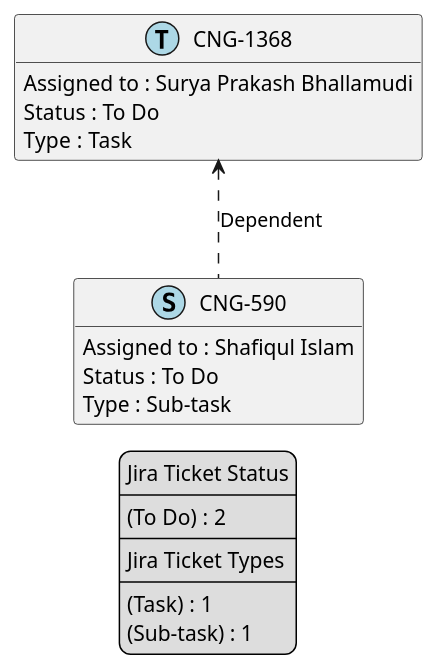
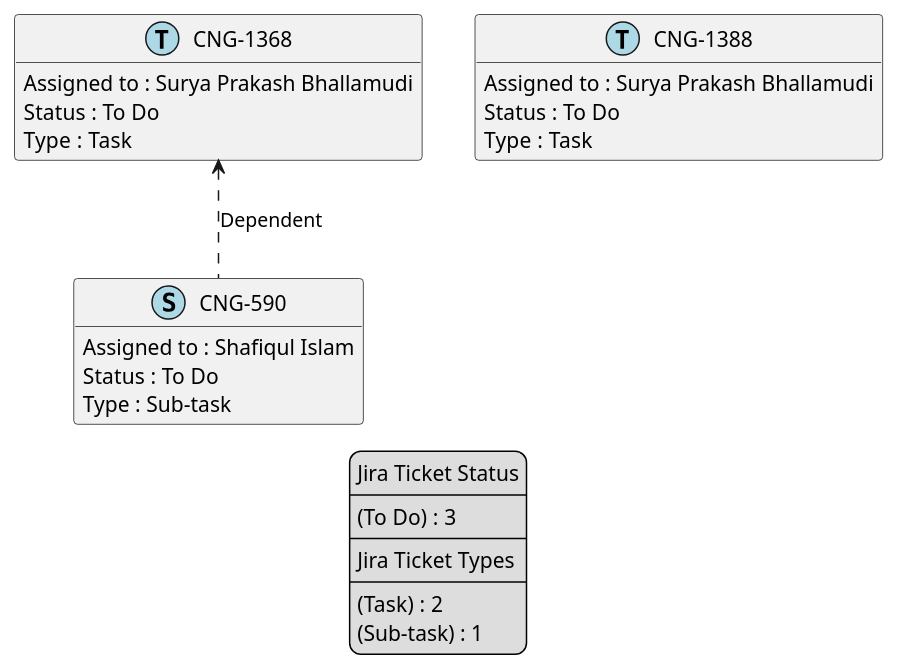
Before and after one commit to brunasti/jiraplotter: the diagram in temp/jira-Surya Prakash Bhallamudi.puml, drawn with PlantUML. The commit also changed 60 other files, not shown here.

```diff
--- a/temp/jira-Surya Prakash Bhallamudi.puml
+++ b/temp/jira-Surya Prakash Bhallamudi.puml
@@ -1,40 +1,46 @@
 @startuml
 'https://plantuml.com/class-diagram
 
 ' GENERATE CLASS DIAGRAM ===========
-' Generated at    : Fri Apr 12 19:54:48 CEST 2024
+' Generated at    : Mon Apr 15 11:44:38 CEST 2024
 
 hide empty members
 
 legend
 Jira Ticket Status
 ----
-(To Do) : 2
+(To Do) : 3
 ----
 Jira Ticket Types
 ----
-(Task) : 1
+(Task) : 2
 (Sub-task) : 1
 end legend
 
 
 ' Tickets =======
 class "CNG-590" << (S,lightblue) >> {
   Assigned to : Shafiqul Islam
   Status : To Do
   Type : Sub-task
 }
 
 class "CNG-1368" << (T,lightblue) >> {
   Assigned to : Surya Prakash Bhallamudi
   Status : To Do
   Type : Task
 }
 
+class "CNG-1388" << (T,lightblue) >> {
+  Assigned to : Surya Prakash Bhallamudi
+  Status : To Do
+  Type : Task
+}
+
 
 
 ' Links =======
 "CNG-1368" <.. "CNG-590" : Dependent
 
 
 @enduml
```
